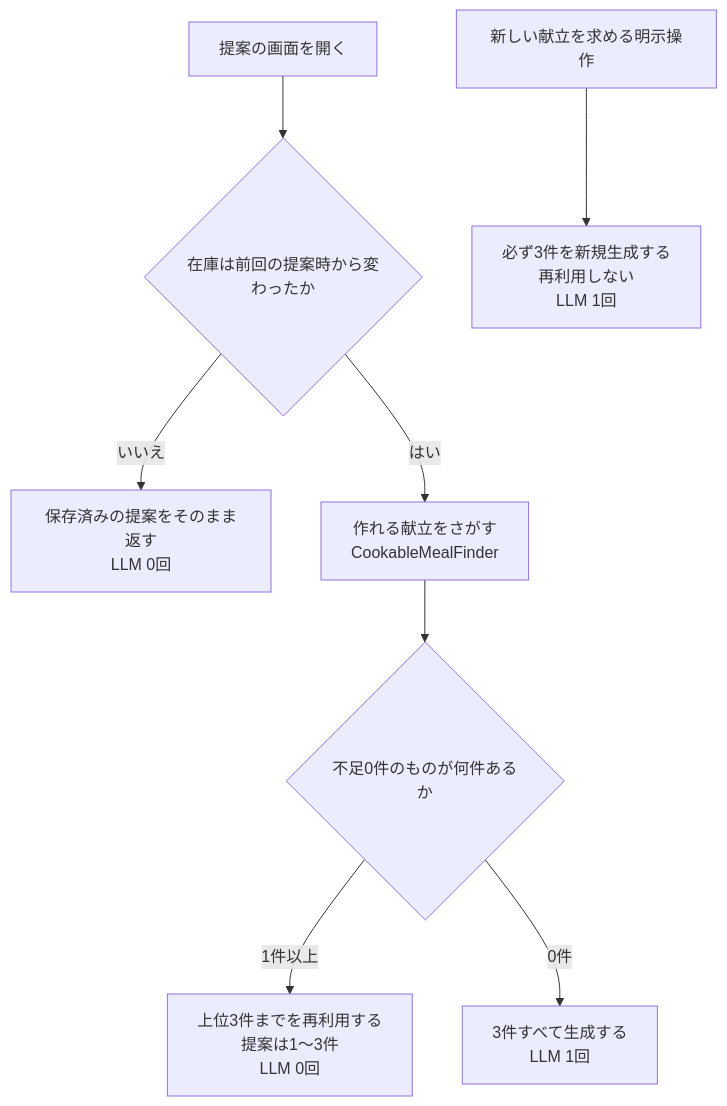
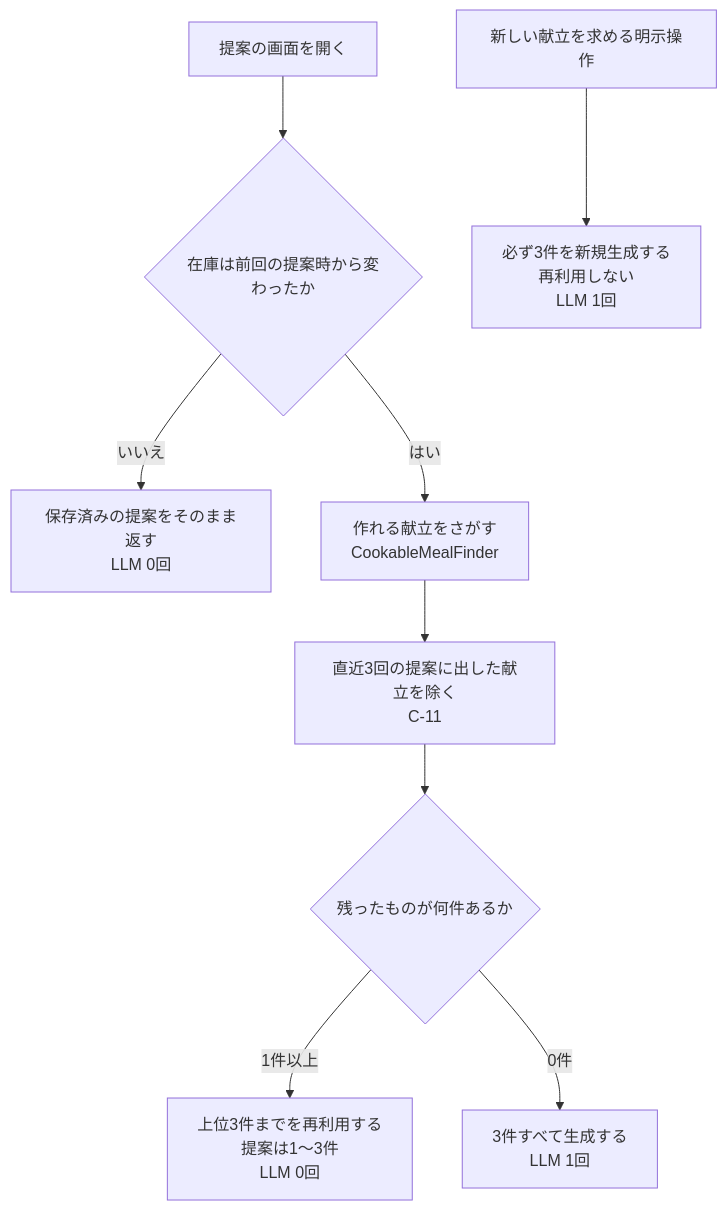
One commit to tkdev106/fridge-to-meal changed the third of 3 diagrams in docs/domain-model.md. Above: the diagram before and after it, drawn with Mermaid. The commit also changed other lines of this file and 2 other files, not shown here.

````diff
--- a/docs/domain-model.md
+++ b/docs/domain-model.md
@@ -146,10 +147,11 @@
 ```mermaid
 flowchart TD
   A[提案の画面を開く] --> B{在庫は前回の提案時から変わったか}
   B -->|いいえ| C["保存済みの提案をそのまま返す<br/>LLM 0回"]
   B -->|はい| D[作れる献立をさがす<br/>CookableMealFinder]
-  D --> E{不足0件のものが何件あるか}
+  D --> D2[直近3回の提案に出した献立を除く<br/>C-11]
+  D2 --> E{残ったものが何件あるか}
   E -->|1件以上| F["上位3件までを再利用する<br/>提案は1〜3件<br/>LLM 0回"]
   E -->|0件| H["3件すべて生成する<br/>LLM 1回"]
   I["新しい献立を求める明示操作"] --> J["必ず3件を新規生成する<br/>再利用しない<br/>LLM 1回"]
 ```
````
